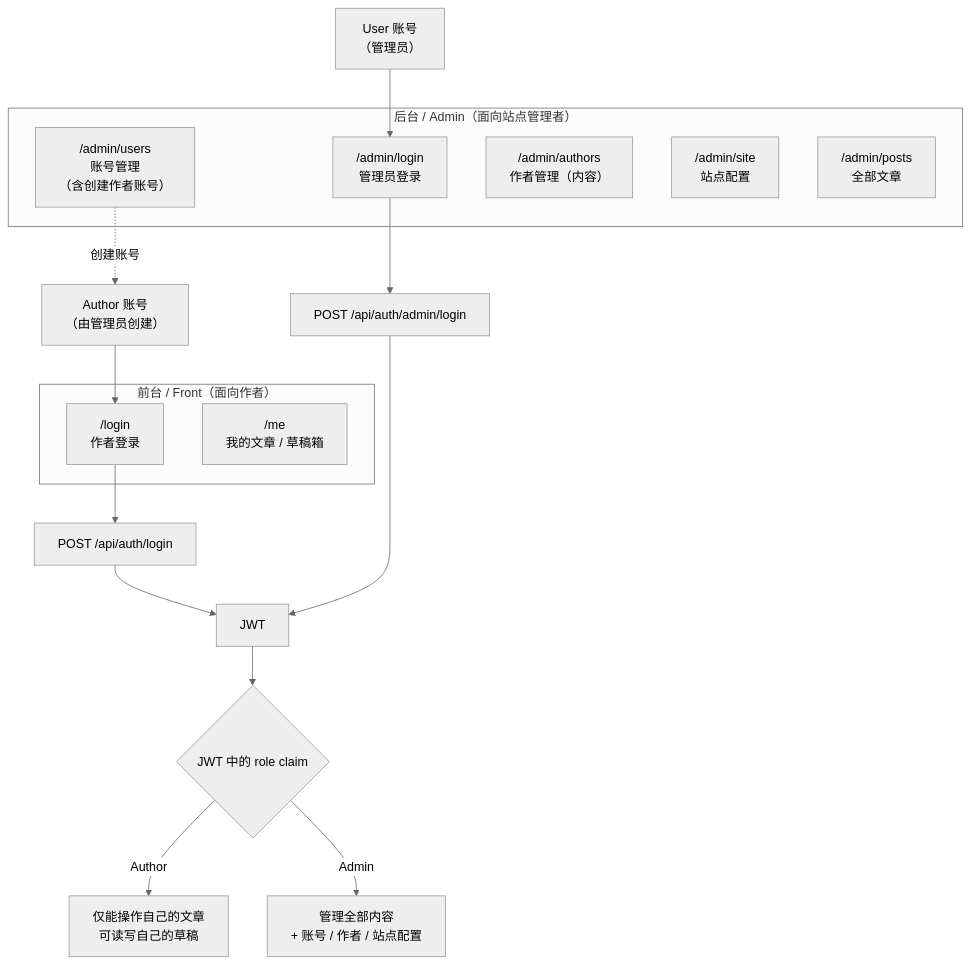
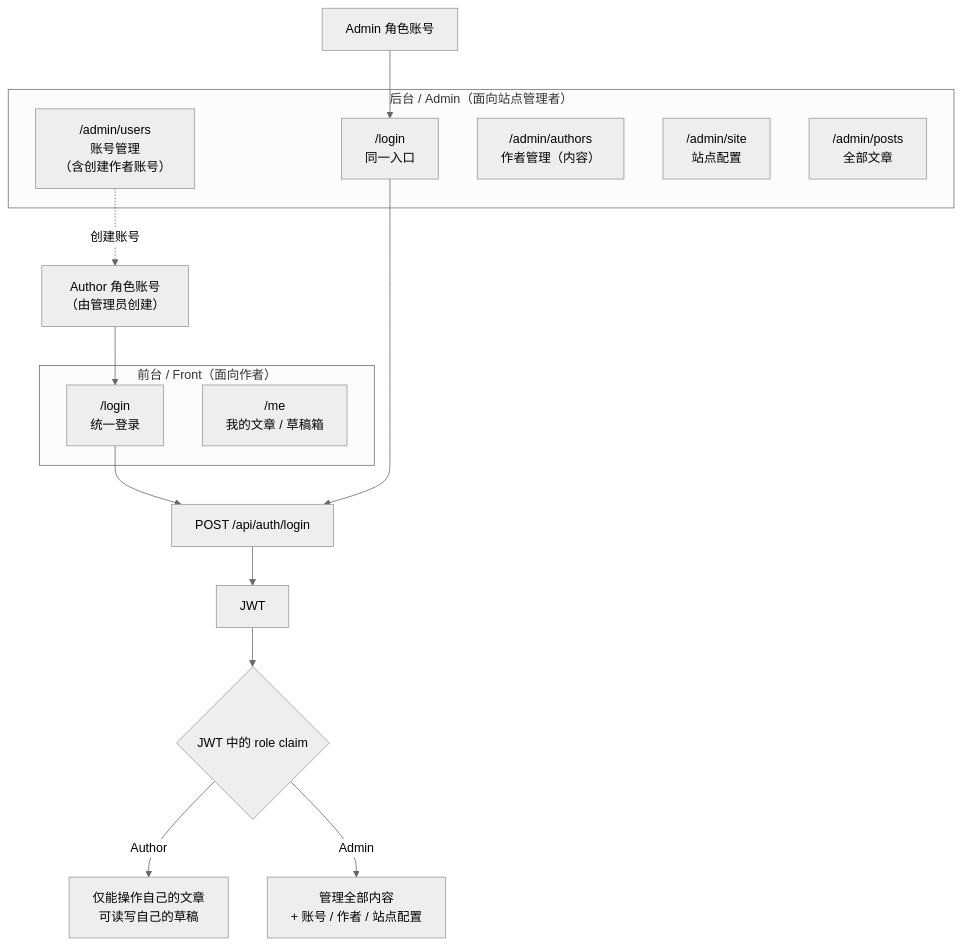
The first of 2 diagrams in docs/tech.md (whyitsy/blog-CI-CD), drawn with Mermaid (neutral theme) before and after one commit. The commit also changed other lines of this file and 4 other files, not shown here.

````diff
--- a/docs/tech.md
+++ b/docs/tech.md
@@ -155,24 +156,23 @@
 ```mermaid
 flowchart TB
   subgraph FE["前台 / Front（面向作者）"]
-    FL["/login<br/>作者登录"]
+    FL["/login<br/>统一登录"]
     FC["/me<br/>我的文章 / 草稿箱"]
   end
   subgraph BE["后台 / Admin（面向站点管理者）"]
-    AL["/admin/login<br/>管理员登录"]
+    AL["/login<br/>同一入口"]
     AU["/admin/users<br/>账号管理<br/>（含创建作者账号）"]
     AA["/admin/authors<br/>作者管理（内容）"]
     AS["/admin/site<br/>站点配置"]
     AP["/admin/posts<br/>全部文章"]
   end
-  U1["Author 账号<br/>（由管理员创建）"] --> FL
-  U2["User 账号<br/>（管理员）"] --> AL
+  U1["Author 角色账号<br/>（由管理员创建）"] --> FL
+  U2["Admin 角色账号"] --> AL
   FL --> API["POST /api/auth/login"]
-  AL --> API3["POST /api/auth/admin/login"]
+  AL --> API
   API --> T["JWT"]
-  API3 --> T
   T --> P{"JWT 中的 role claim"}
   P -->|"Author"| S1["仅能操作自己的文章<br/>可读写自己的草稿"]
   P -->|"Admin"| S2["管理全部内容<br/>+ 账号 / 作者 / 站点配置"]
   AU -.->|"创建账号"| U1
 ```
````
